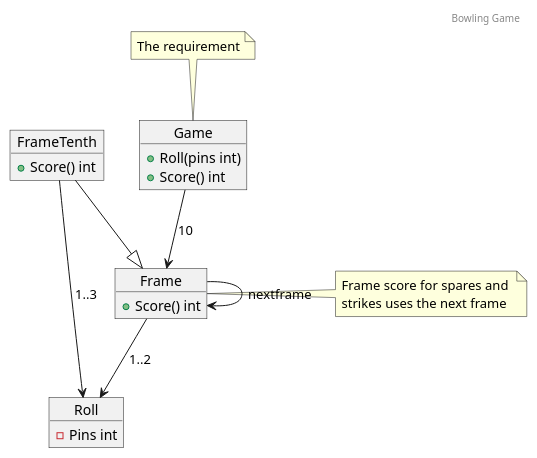
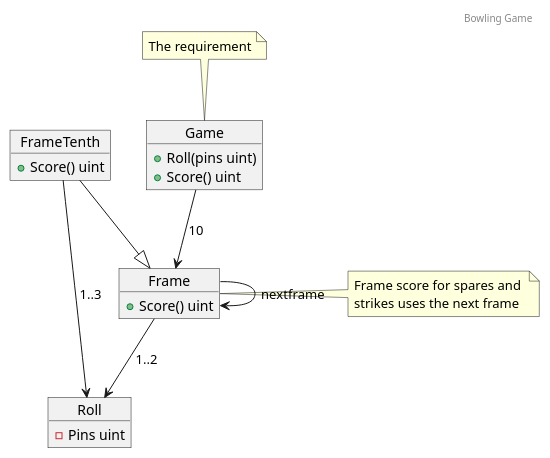
The diagram in go/bowlingGame/design/bowling.puml (Jumziey/bowling-game-kata), drawn with PlantUML before and after one commit.

Commit message:
Updated the design to use the correct type (no need to use int when we can't possibly hit negative numbers)

```diff
--- a/go/bowlingGame/design/bowling.puml
+++ b/go/bowlingGame/design/bowling.puml
@@ -1,41 +1,41 @@
 @startuml
 header
 Bowling Game
 endheader
 
 object Game {
-	+Roll(pins int)
-	+Score() int
+	+Roll(pins uint)
+	+Score() uint
 }
 
 note top of Game
 	The requirement
 end note
 
 object Frame {
-	+Score() int
+	+Score() uint
 }
 
 Game --> Frame:10
 
 object Roll {
-	-Pins int
+	-Pins uint
 }
 
 Frame --> Roll:1..2
 
 Frame --> Frame:nextframe
 
 note right of Frame
 	Frame score for spares and 
 	strikes uses the next frame
 end note
 
 object FrameTenth {
-	+Score() int
+	+Score() uint
 }
 
 FrameTenth --|> Frame
 FrameTenth --> Roll:1..3
 
 @enduml
```
